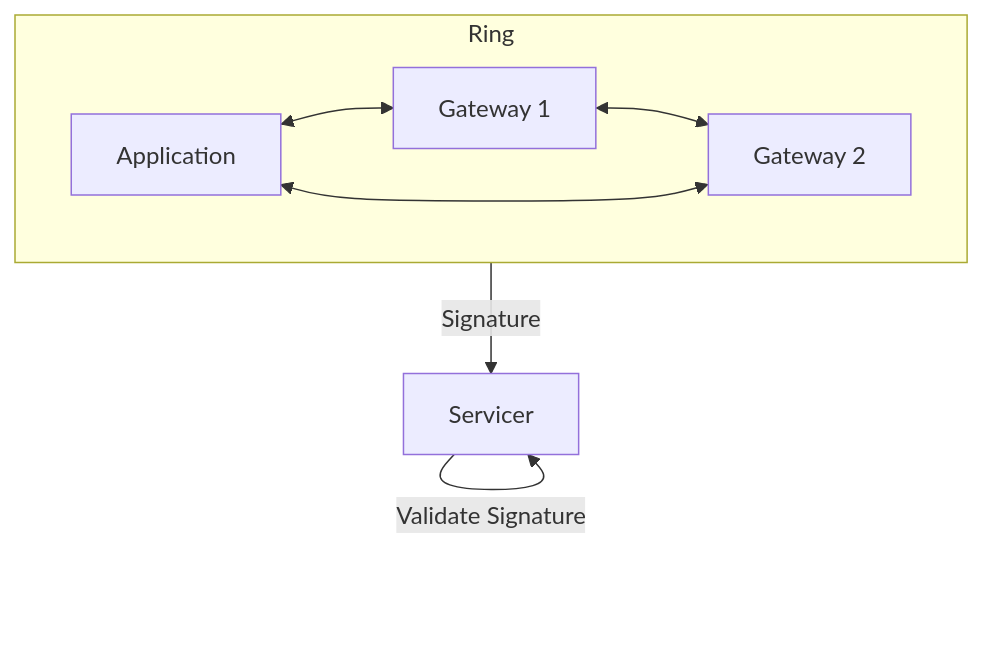
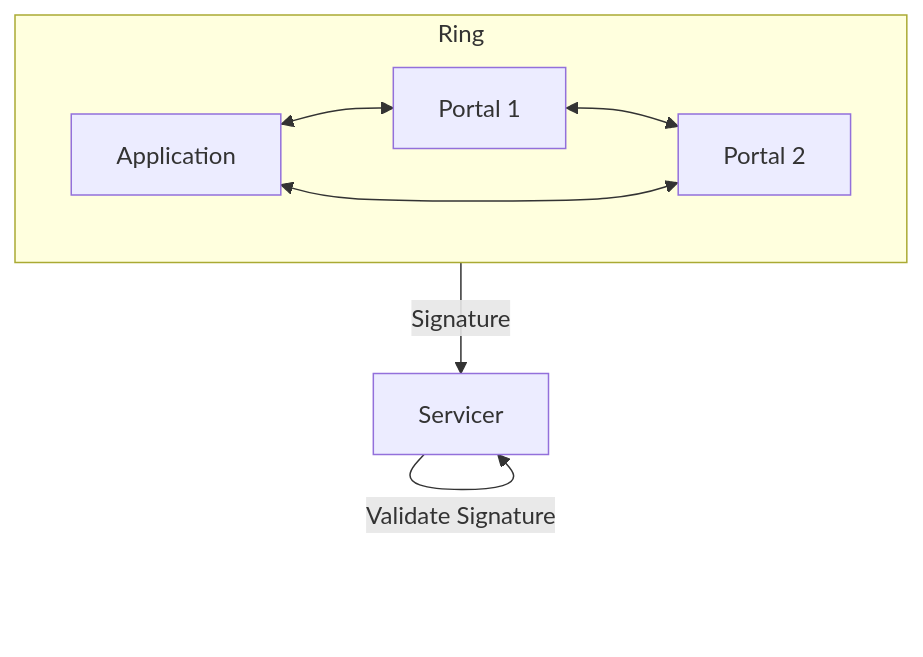
Before and after one commit to pokt-network/pocket-network-protocol: diagram 14 of 16 in utility/README.md, drawn with Mermaid. The commit also changed other lines of this file and 1 other file, not shown here.

Commit message:
Rename Gateway to Portal

````diff
--- a/utility/README.md
+++ b/utility/README.md
@@ -880,10 +880,10 @@
 ```mermaid
 flowchart
     subgraph Ring
-        Application <--> G1["Gateway 1"]
-        G1 <--> G2["Gateway 2"]
-        G2 <--> Application
+        Application <--> P1["Portal 1"]
+        P1 <--> P2["Portal 2"]
+        P2 <--> Application
     end
     Ring --Signature--> Servicer
     Servicer--Validate Signature-->Servicer
 ```
````
